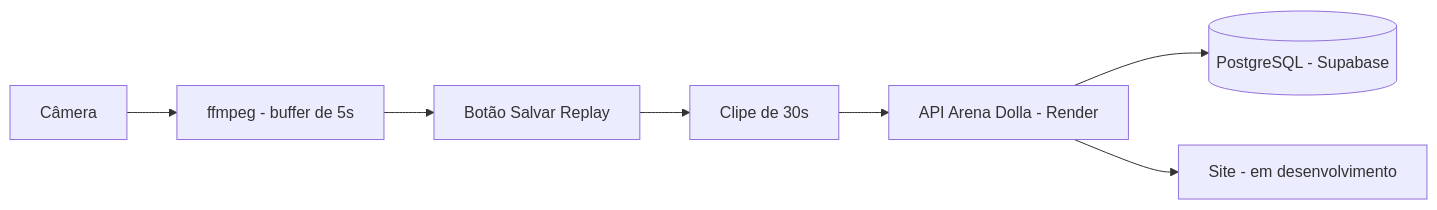
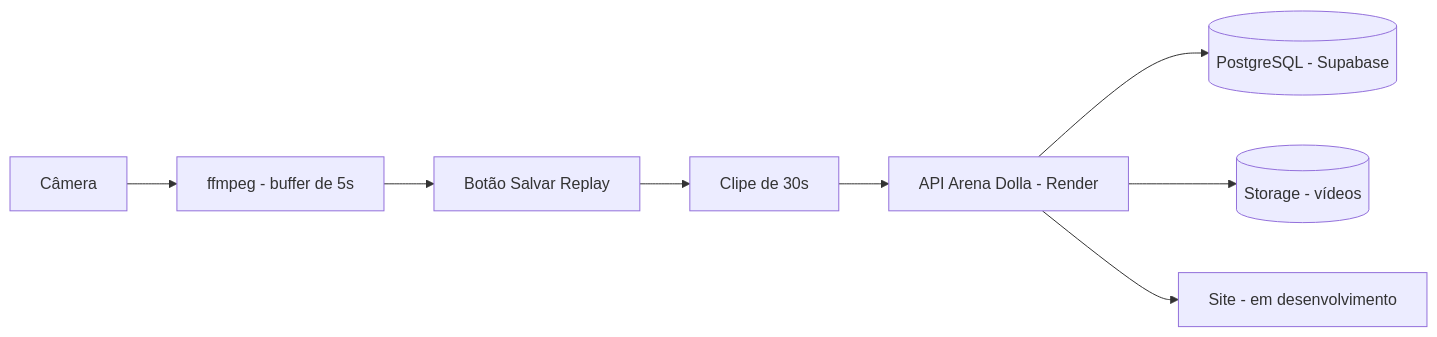
One commit to almeidadevml/arenadolla-backend changed the diagram in README.md. Above: the diagram before and after it, drawn with Mermaid. The commit also changed other lines of this file, not shown here.

Commit message:
Atualiza README com o Supabase Storage

````diff
--- a/README.md
+++ b/README.md
@@ -9,9 +9,10 @@
 ```mermaid
 flowchart LR
     A[Câmera] --> B[ffmpeg - buffer de 5s]
     B --> C[Botão Salvar Replay]
     C --> D[Clipe de 30s]
     D --> E[API Arena Dolla - Render]
     E --> F[(PostgreSQL - Supabase)]
+    E --> H[(Storage - vídeos)]
     E --> G[Site - em desenvolvimento]
 ```
````
